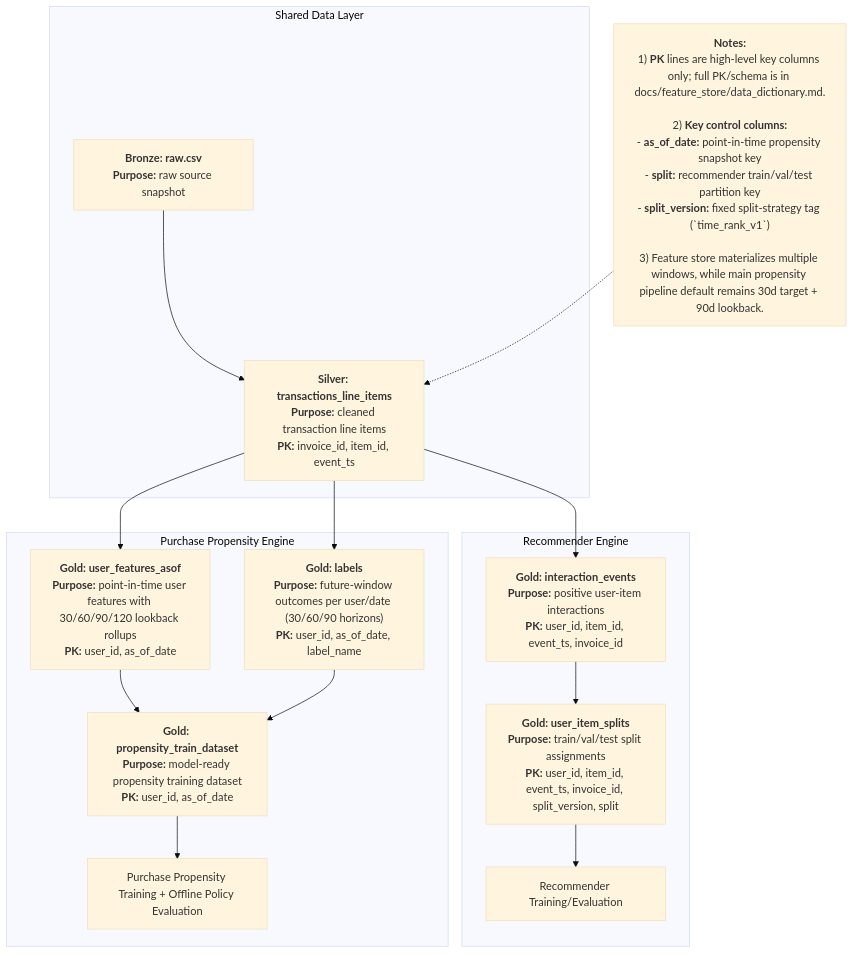
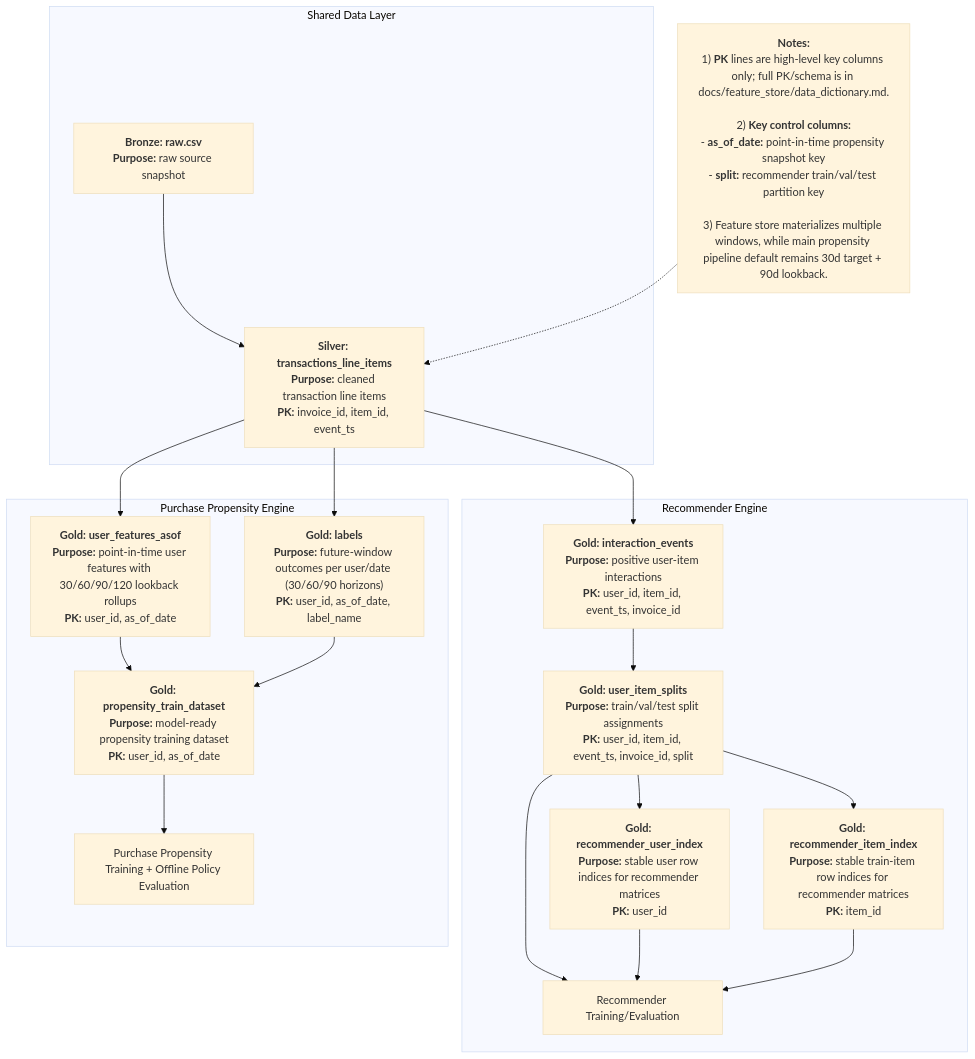
One commit to Phrey001/mle-marketplace-growth changed the diagram in docs/feature_store/diagrams/feature_store_target_data_model.mmd. Above: the diagram before and after it, drawn with Mermaid (base theme). The commit also changed 126 other files, not shown here.

```diff
--- a/docs/feature_store/diagrams/feature_store_target_data_model.mmd
+++ b/docs/feature_store/diagrams/feature_store_target_data_model.mmd
@@ -1,21 +1,25 @@
 flowchart TD
   subgraph shared_layer["Shared Data Layer"]
     A["<b>Bronze: raw.csv</b><br/><b>Purpose:</b> raw source snapshot"] --> B["<b>Silver: transactions_line_items</b><br/><b>Purpose:</b> cleaned transaction line items<br/><b>PK:</b> invoice_id, item_id, event_ts"]
   end
 
   subgraph recommender_engine["Recommender Engine"]
     B --> C["<b>Gold: interaction_events</b><br/><b>Purpose:</b> positive user-item interactions<br/><b>PK:</b> user_id, item_id, event_ts, invoice_id"]
-    C --> E["<b>Gold: user_item_splits</b><br/><b>Purpose:</b> train/val/test split assignments<br/><b>PK:</b> user_id, item_id, event_ts, invoice_id, split_version, split"]
+    C --> E["<b>Gold: user_item_splits</b><br/><b>Purpose:</b> train/val/test split assignments<br/><b>PK:</b> user_id, item_id, event_ts, invoice_id, split"]
+    E --> U["<b>Gold: recommender_user_index</b><br/><b>Purpose:</b> stable user row indices for recommender matrices<br/><b>PK:</b> user_id"]
+    E --> I["<b>Gold: recommender_item_index</b><br/><b>Purpose:</b> stable train-item row indices for recommender matrices<br/><b>PK:</b> item_id"]
     E --> G["Recommender Training/Evaluation"]
+    U --> G
+    I --> G
   end
 
   subgraph propensity_engine["Purchase Propensity Engine"]
     B --> D["<b>Gold: user_features_asof</b><br/><b>Purpose:</b> point-in-time user features with 30/60/90/120 lookback rollups<br/><b>PK:</b> user_id, as_of_date"]
     B --> L["<b>Gold: labels</b><br/><b>Purpose:</b> future-window outcomes per user/date (30/60/90 horizons)<br/><b>PK:</b> user_id, as_of_date, label_name"]
     D --> T["<b>Gold: propensity_train_dataset</b><br/><b>Purpose:</b> model-ready propensity training dataset<br/><b>PK:</b> user_id, as_of_date"]
     L --> T
     T --> F["Purchase Propensity Training + Offline Policy Evaluation"]
   end
 
-  N["<b>Notes:</b><br/>1) <b>PK</b> lines are high-level key columns only; full PK/schema is in docs/feature_store/data_dictionary.md.<br/><br/>2) <b>Key control columns:</b><br/>- <b>as_of_date:</b> point-in-time propensity snapshot key<br/>- <b>split:</b> recommender train/val/test partition key<br/>- <b>split_version:</b> fixed split-strategy tag (`time_rank_v1`)<br/><br/>3) Feature store materializes multiple windows, while main propensity pipeline default remains 30d target + 90d lookback."]
+  N["<b>Notes:</b><br/>1) <b>PK</b> lines are high-level key columns only; full PK/schema is in docs/feature_store/data_dictionary.md.<br/><br/>2) <b>Key control columns:</b><br/>- <b>as_of_date:</b> point-in-time propensity snapshot key<br/>- <b>split:</b> recommender train/val/test partition key<br/><br/>3) Feature store materializes multiple windows, while main propensity pipeline default remains 30d target + 90d lookback."]
   N -.-> B
```
